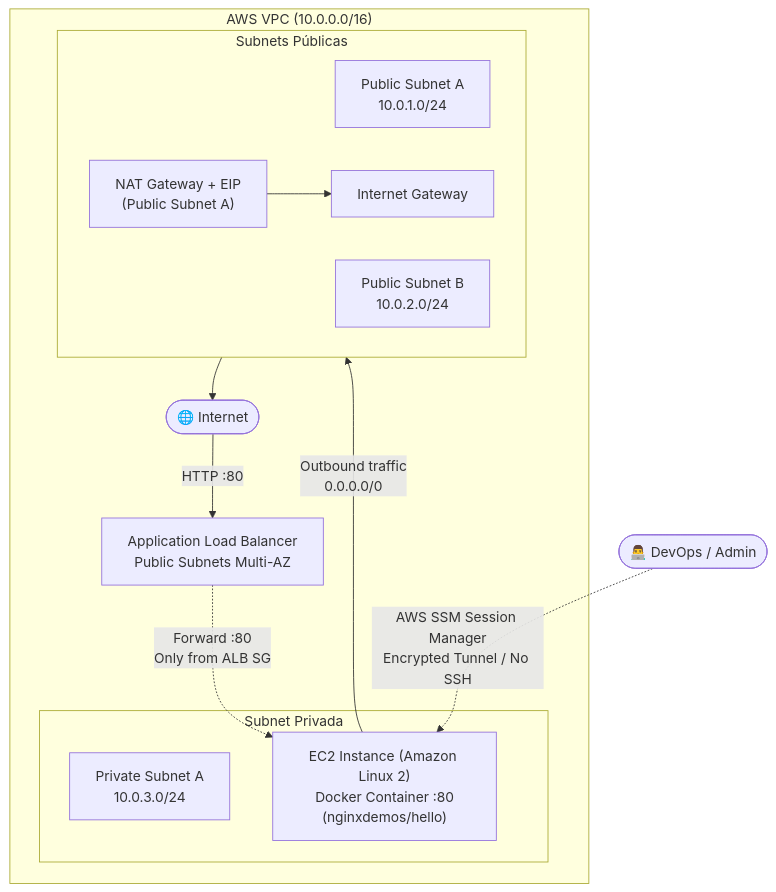
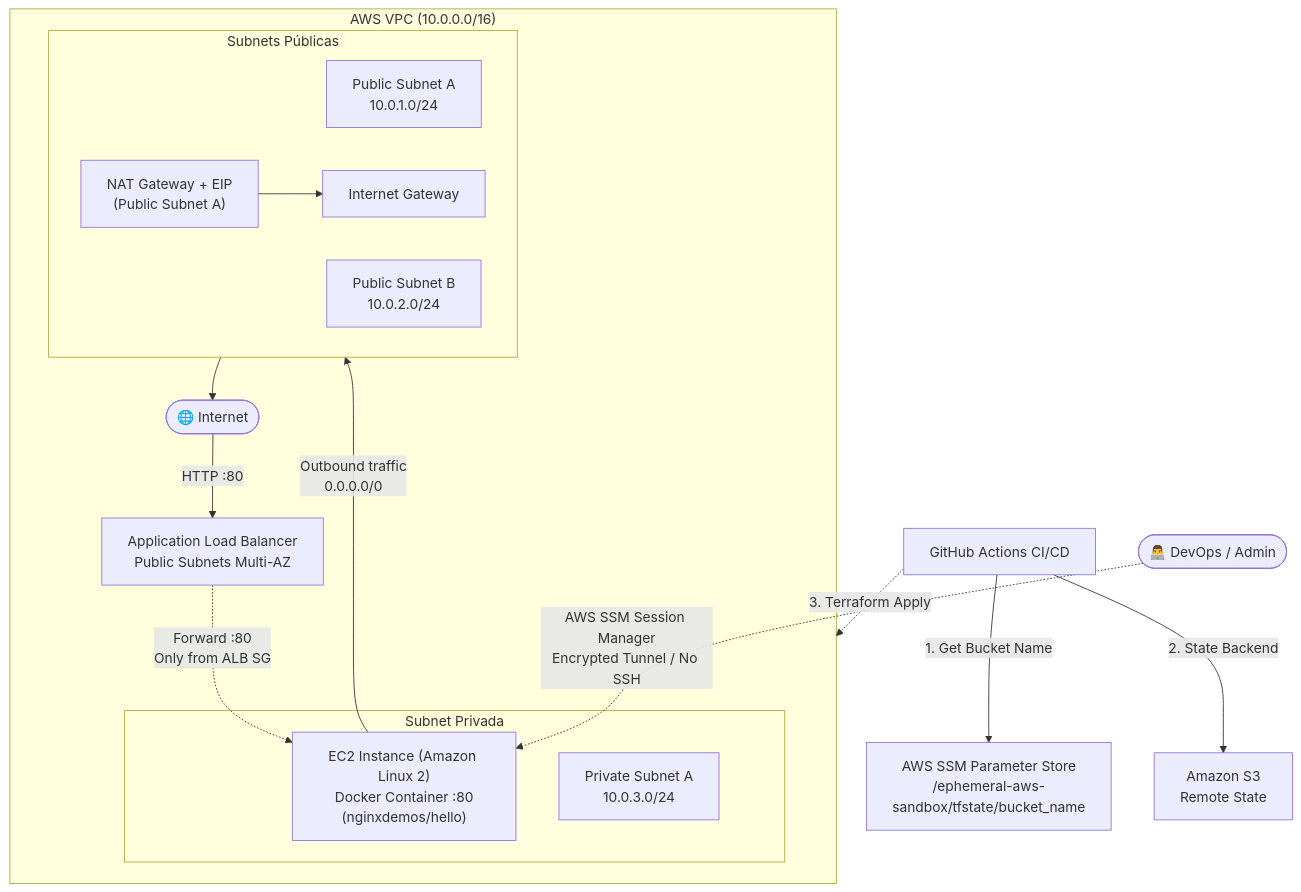
One commit to feversani-labs/aws-ec2-alb changed the diagram in README.md. Above: the diagram before and after it, drawn with Mermaid. The commit also changed other lines of this file, not shown here.

Commit message:
docs: document integration with ephemeral-aws-sandbox and update architecture diagram

````diff
--- a/README.md
+++ b/README.md
@@ -13,26 +23,30 @@
 ```mermaid
 flowchart TD
+    GHA["GitHub Actions CI/CD"] -->|1. Get Bucket Name| SSM_Param["AWS SSM Parameter Store\n/ephemeral-aws-sandbox/tfstate/bucket_name"]
+    GHA -->|2. State Backend| S3["Amazon S3\nRemote State"]
+    GHA -.->|3. Terraform Apply| VPC
+
     Internet([🌐 Internet]) -->|HTTP :80| ALB[Application Load Balancer\nPublic Subnets Multi-AZ]
     
     subgraph VPC ["AWS VPC (10.0.0.0/16)"]
         subgraph PublicZone ["Subnets Públicas"]
             direction LR
             PubSub0["Public Subnet A\n10.0.1.0/24"]
             PubSub1["Public Subnet B\n10.0.2.0/24"]
             NAT["NAT Gateway + EIP\n(Public Subnet A)"]
             IGW["Internet Gateway"]
         end
 
         subgraph PrivateZone ["Subnet Privada"]
             PrivSub0["Private Subnet A\n10.0.3.0/24"]
             EC2["EC2 Instance (Amazon Linux 2)\nDocker Container :80\n(nginxdemos/hello)"]
         end
 
         ALB -.->|Forward :80\nOnly from ALB SG| EC2
         EC2 -->|Outbound traffic\n0.0.0.0/0| NAT
         NAT --> IGW
         IGW --> Internet
     end
 
     Developer([👨‍💻 DevOps / Admin]) -.->|AWS SSM Session Manager\nEncrypted Tunnel / No SSH| EC2
 ```
````
